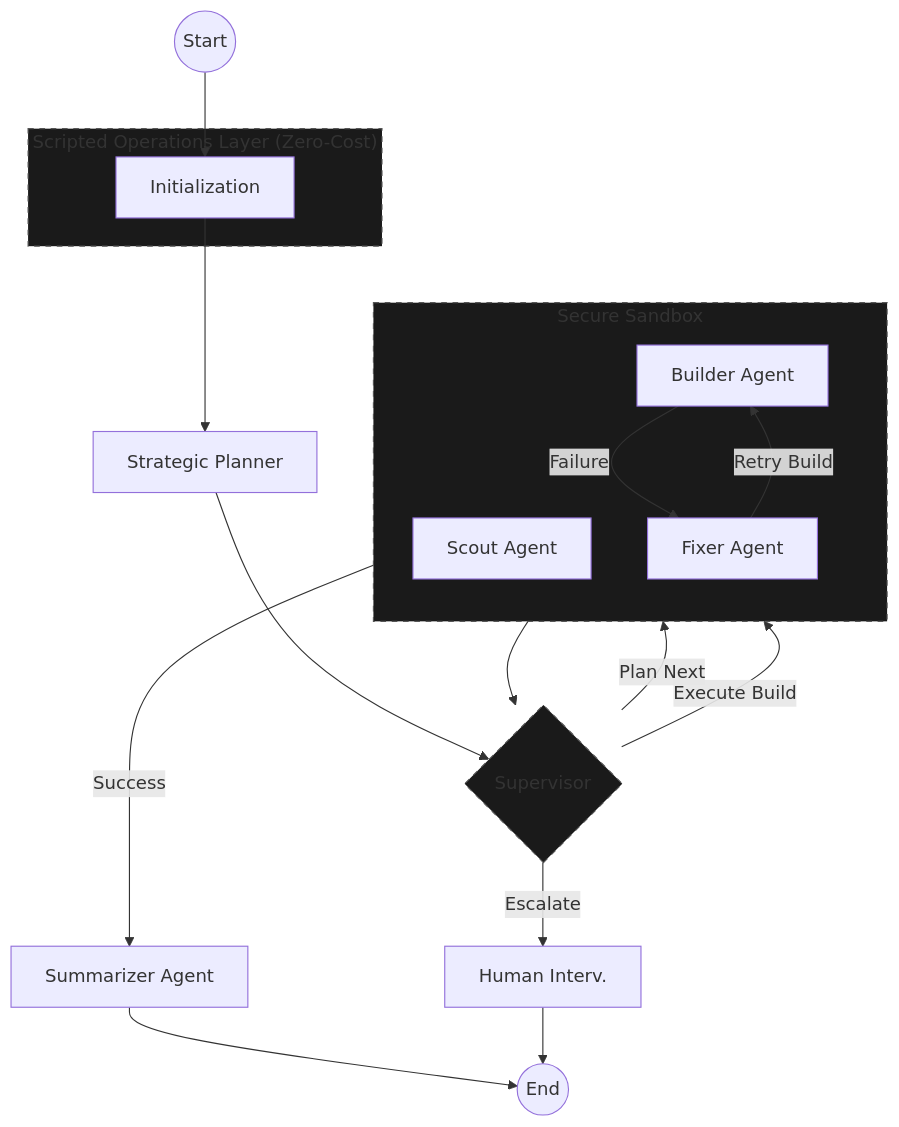
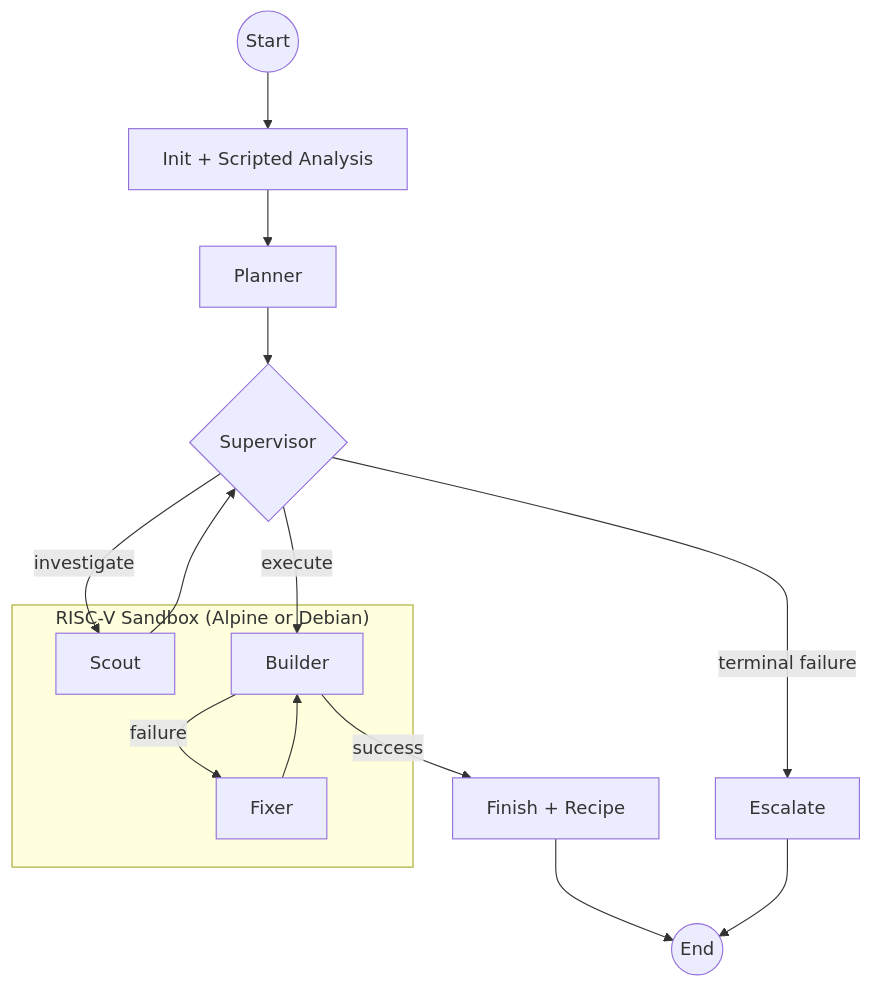
One commit to akifejaz/atesor changed the diagram in README.md. Above: the diagram before and after it, drawn with Mermaid. The commit also changed other lines of this file and 1 other file, not shown here.

````diff
--- a/README.md
+++ b/README.md
@@ -21,36 +117,24 @@
 ```mermaid
 graph TD
-    Start((Start)) --> Init[Initialization]
-    Init --> Planner[Strategic Planner]
+    Start((Start)) --> Init[Init + Scripted Analysis]
+    Init --> Planner[Planner]
     Planner --> Supervisor{Supervisor}
-    
-    Supervisor -->|Plan Next| Scout[Scout Agent]
+
+    Supervisor -->|investigate| Scout[Scout]
     Scout --> Supervisor
-    
-    Supervisor -->|Execute Build| Builder[Builder Agent]
-    Builder -->|Failure| Fixer[Fixer Agent]
-    Fixer -->|Retry Build| Builder
-    
-    Builder -->|Success| Summarizer[Summarizer Agent]
-    Summarizer --> End((End))
-    
-    Supervisor -->|Escalate| Escalation[Human Interv.]
-    Escalation --> End
 
+    Supervisor -->|execute| Builder[Builder]
+    Builder -->|failure| Fixer[Fixer]
+    Fixer --> Builder
+    Builder -->|success| Finish[Finish + Recipe]
 
-    subgraph OpsLayer ["Scripted Operations Layer (Zero-Cost)"]
-        Init
-    end
+    Supervisor -->|terminal failure| Escalate[Escalate]
+    Finish --> End((End))
+    Escalate --> End
 
-    subgraph Sandbox ["Secure Sandbox"]
-        direction TB
+    subgraph Sandbox ["RISC-V Sandbox (Alpine or Debian)"]
         Scout
         Builder
         Fixer
     end
-
-    %% Styling
-    style Sandbox fill:#1a1a1a,stroke:#555,stroke-dasharray: 5 5
-    style OpsLayer fill:#1a1a1a,stroke:#555,stroke-dasharray: 5 5
-    style Supervisor fill:#1a1a1a,stroke:#555,stroke-dasharray: 5 5
 ```
````
